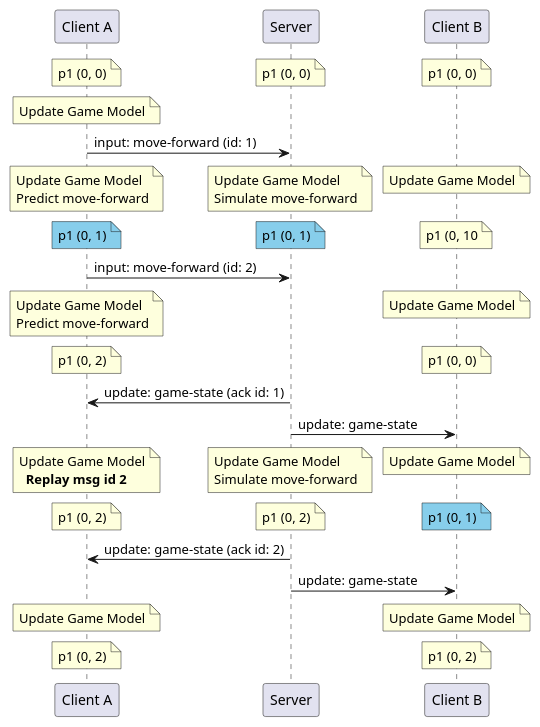
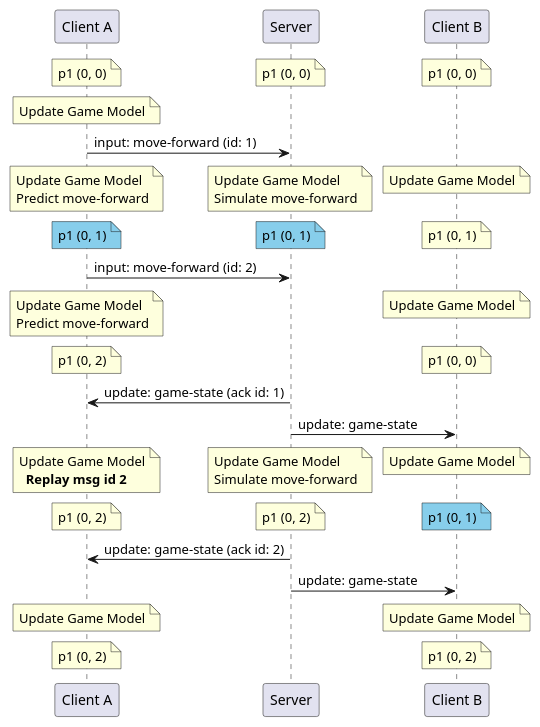
Before and after one commit to ProfPorkins/GameTech: the diagram in doc/Multiplayer/uml/entity-interpolation-bad.sequence.puml, drawn with PlantUML. The commit also changed 1 other file, not shown here.

Commit message:
(multiplayer) Found a small mistake in the uml.

```diff
--- a/doc/Multiplayer/uml/entity-interpolation-bad.sequence.puml
+++ b/doc/Multiplayer/uml/entity-interpolation-bad.sequence.puml
@@ -1,48 +1,48 @@
 @startuml Entity Interpolation Bad - Sequence
 
 participant "Client A" as ClientA
 participant Server
 participant "Client B" as ClientB
 
 note over ClientA: p1 (0, 0)
 / note over Server: p1 (0, 0)
 / note over ClientB: p1 (0, 0)
 
 note over ClientA: Update Game Model
 
 ClientA -> Server: input: move-forward (id: 1)
 note over ClientA: Update Game Model\nPredict move-forward
 / note over Server: Update Game Model\nSimulate move-forward
 / note over ClientB: Update Game Model
 
 note over ClientA #SkyBlue: p1 (0, 1)
 / note over Server #SkyBlue: p1 (0, 1)
-/ note over ClientB: p1 (0, 10
+/ note over ClientB: p1 (0, 1)
 
 ClientA -> Server: input: move-forward (id: 2)
 note over ClientA: Update Game Model\nPredict move-forward
 / note over ClientB: Update Game Model
 
 note over ClientA: p1 (0, 2)
 / note over ClientB: p1 (0, 0)
 
 Server -> ClientA: update: game-state (ack id: 1)
 Server -> ClientB: update: game-state
 
 note over ClientA: Update Game Model\n  **Replay msg id 2**
 / note over Server: Update Game Model\nSimulate move-forward
 / note over ClientB: Update Game Model
 
 note over ClientA: p1 (0, 2)
 / note over Server: p1 (0, 2)
 / note over ClientB #SkyBlue: p1 (0, 1)
 
 Server -> ClientA: update: game-state (ack id: 2)
 Server -> ClientB: update: game-state
 
 note over ClientA: Update Game Model
 / note over ClientB: Update Game Model
 note over ClientA: p1 (0, 2)
 / note over ClientB: p1 (0, 2)
 
 @enduml
```
